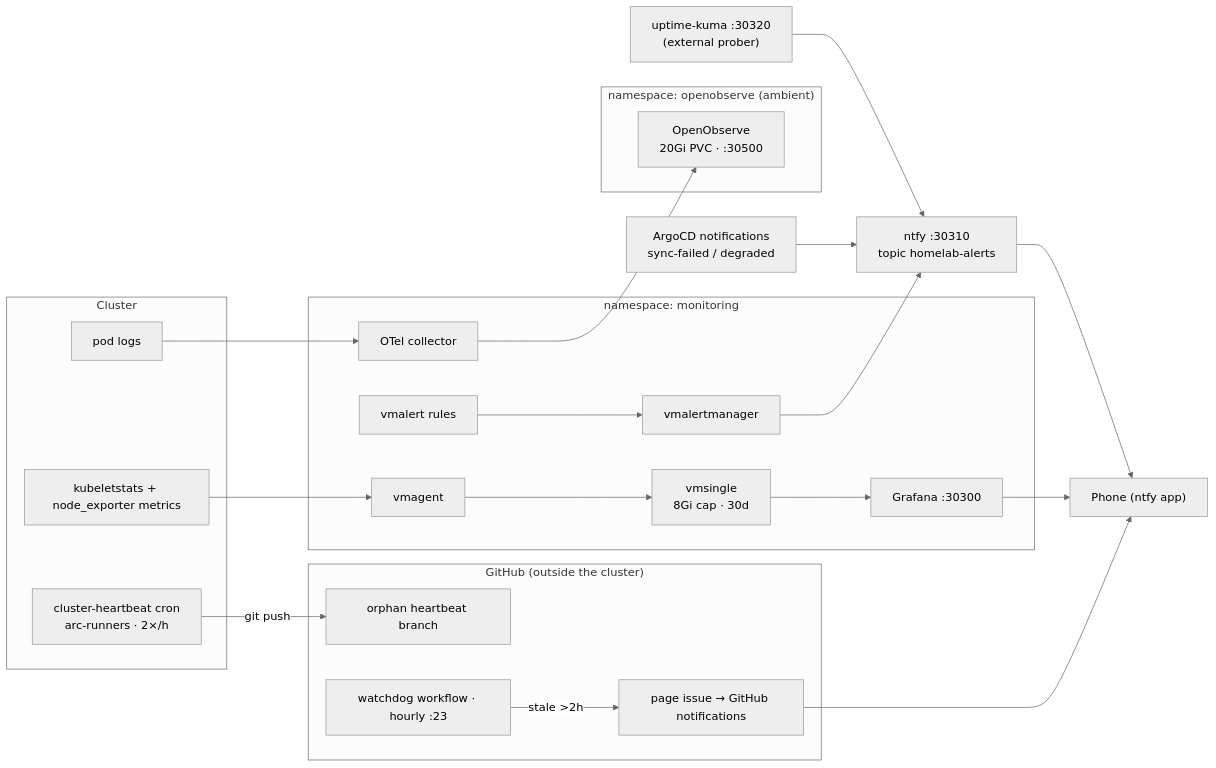
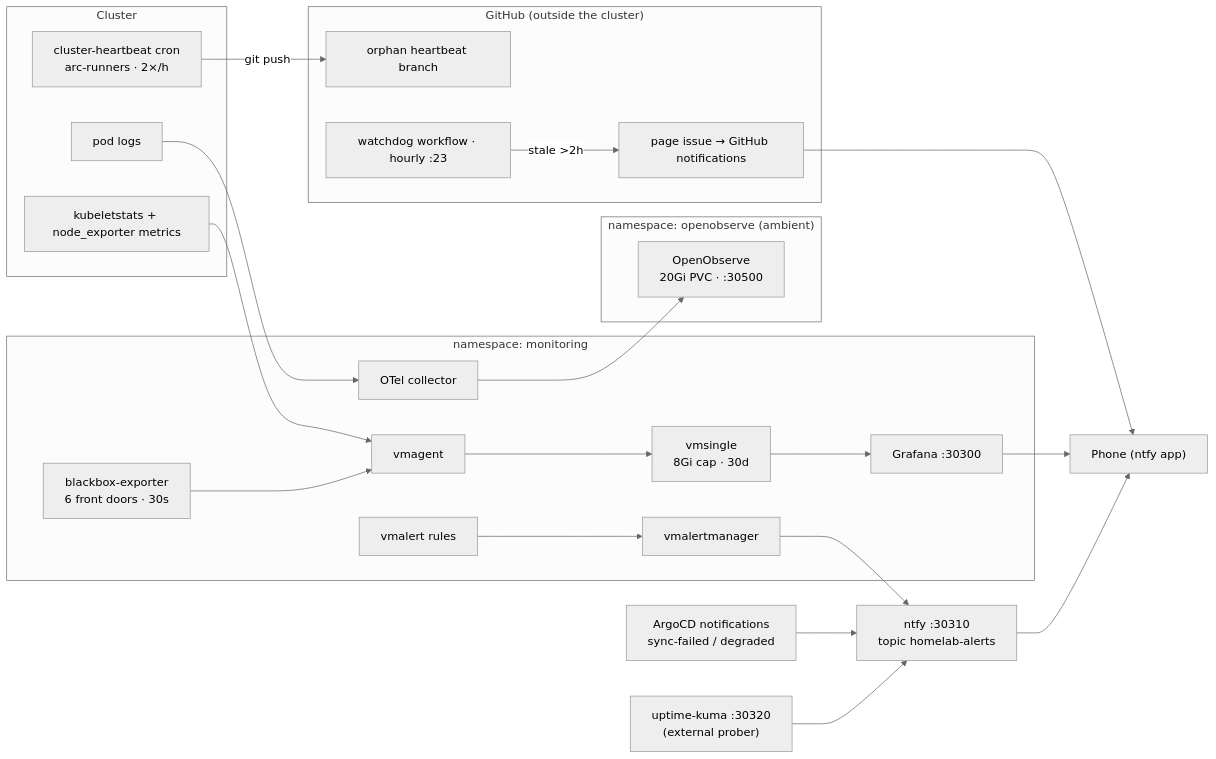
The sixth of 8 diagrams in docs/architecture.md (Blacklotus89898/Homelab), drawn with Mermaid (neutral theme) before and after one commit. The commit also changed other lines of this file and 1 other file, not shown here.

Commit message:
docs: close out Phase 3 SLO item (front-door SLOs + burn-rate alerts)
ROADMAP: mark item done with verification evidence (6/6 probe_success=1,
recordings live, ConfigParsedAndApplied), the datreeio-catalog kubeconform
lesson, and the decision-log row for probing service DNS instead of
gateway routes. architecture.md: observability bullet + blackbox-exporter
node on the metrics diagram.

````diff
--- a/docs/architecture.md
+++ b/docs/architecture.md
@@ -223,36 +224,37 @@
 ```mermaid
 flowchart LR
   subgraph sources["Cluster"]
     PODS["pod logs"]
     KUBE["kubeletstats + node_exporter metrics"]
     HB["cluster-heartbeat cron<br/>arc-runners · 2×/h"]
   end
   subgraph mon["namespace: monitoring"]
     COLL["OTel collector"]
-    VMA["vmagent"] --> VMS["vmsingle<br/>8Gi cap · 30d"]
+    BBX["blackbox-exporter<br/>6 front doors · 30s"]
+    BBX --> VMA["vmagent"] --> VMS["vmsingle<br/>8Gi cap · 30d"]
     VMS --> GRAF["Grafana :30300"]
     VMAL["vmalert rules"] --> VMM["vmalertmanager"]
   end
   subgraph oons["namespace: openobserve (ambient)"]
     OO["OpenObserve<br/>20Gi PVC · :30500"]
   end
   subgraph gh["GitHub (outside the cluster)"]
     BR["orphan heartbeat branch"]
     WD["watchdog workflow · hourly :23"]
     ISS["page issue → GitHub notifications"]
   end
   NTFY["ntfy :30310<br/>topic homelab-alerts"]
   KUMA["uptime-kuma :30320<br/>(external prober)"]
   ARGN["ArgoCD notifications<br/>sync-failed / degraded"]
   PHONE["Phone (ntfy app)"]
   PODS --> COLL --> OO
   KUBE --> VMA
   VMM --> NTFY
   KUMA --> NTFY
   ARGN --> NTFY
   NTFY --> PHONE
   GRAF --> PHONE
   HB -->|"git push"| BR
   WD -->|"stale >2h"| ISS
   ISS --> PHONE
 ```
````
